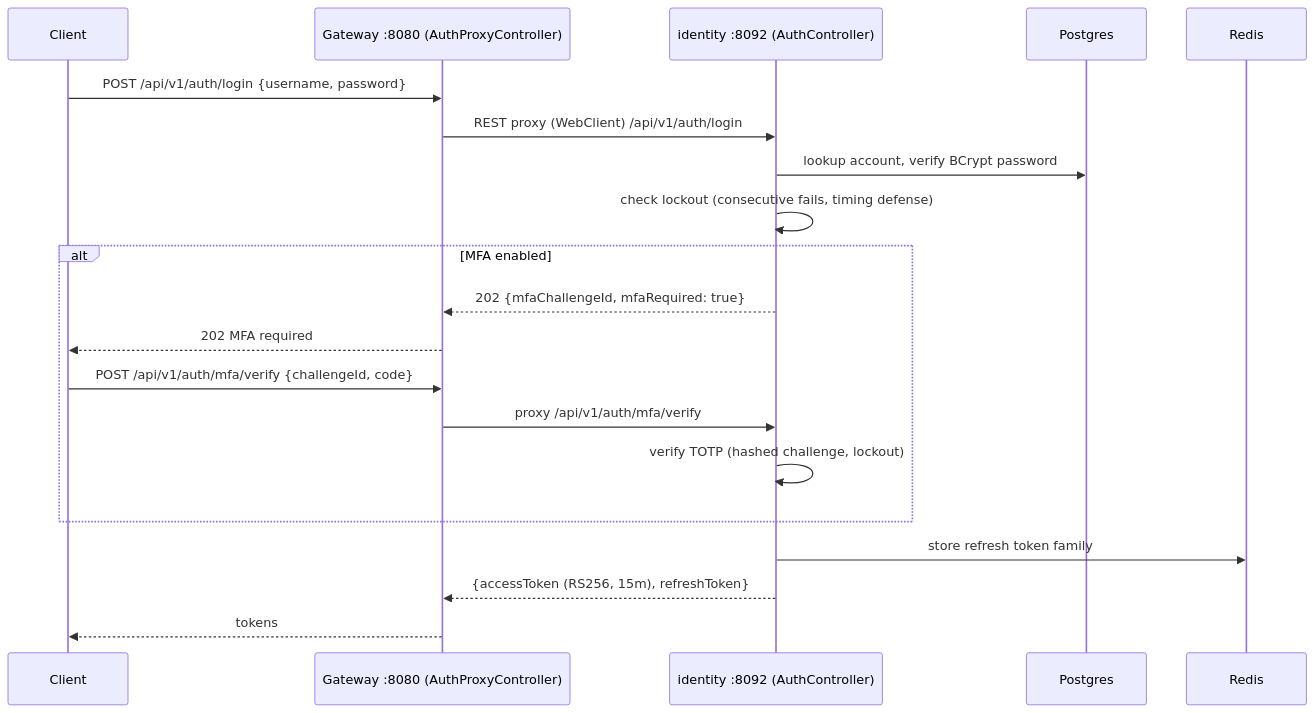
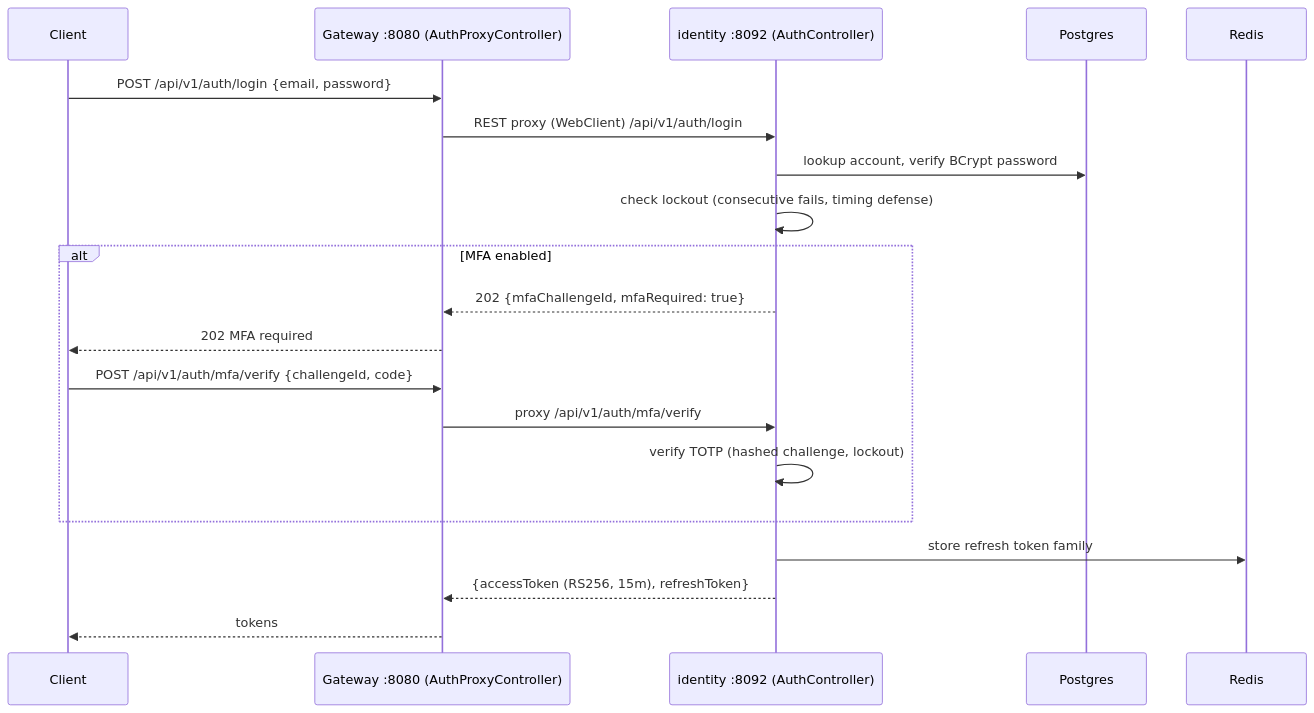
One commit to hatrongvu13/smartfarm-platform-maven-starter changed the first of 6 diagrams in docs/architecture/request-flows.md. Above: the diagram before and after it, drawn with Mermaid. The commit also changed other lines of this file and 15 other files, not shown here.

First line of the commit message:
docs: truth pass -- audit log, outstanding issues, architecture & service docs

````diff
--- a/docs/architecture/request-flows.md
+++ b/docs/architecture/request-flows.md
@@ -7,22 +7,22 @@
 ```mermaid
 sequenceDiagram
   participant C as Client
   participant GW as Gateway :8080 (AuthProxyController)
   participant ID as identity :8092 (AuthController)
   participant PG as Postgres
   participant REDIS as Redis
-  C->>GW: POST /api/v1/auth/login {username, password}
+  C->>GW: POST /api/v1/auth/login {email, password}
   GW->>ID: REST proxy (WebClient) /api/v1/auth/login
   ID->>PG: lookup account, verify BCrypt password
   ID->>ID: check lockout (consecutive fails, timing defense)
   alt MFA enabled
     ID-->>GW: 202 {mfaChallengeId, mfaRequired: true}
     GW-->>C: 202 MFA required
     C->>GW: POST /api/v1/auth/mfa/verify {challengeId, code}
     GW->>ID: proxy /api/v1/auth/mfa/verify
     ID->>ID: verify TOTP (hashed challenge, lockout)
   end
   ID->>REDIS: store refresh token family
   ID-->>GW: {accessToken (RS256, 15m), refreshToken}
   GW-->>C: tokens
 ```
````
